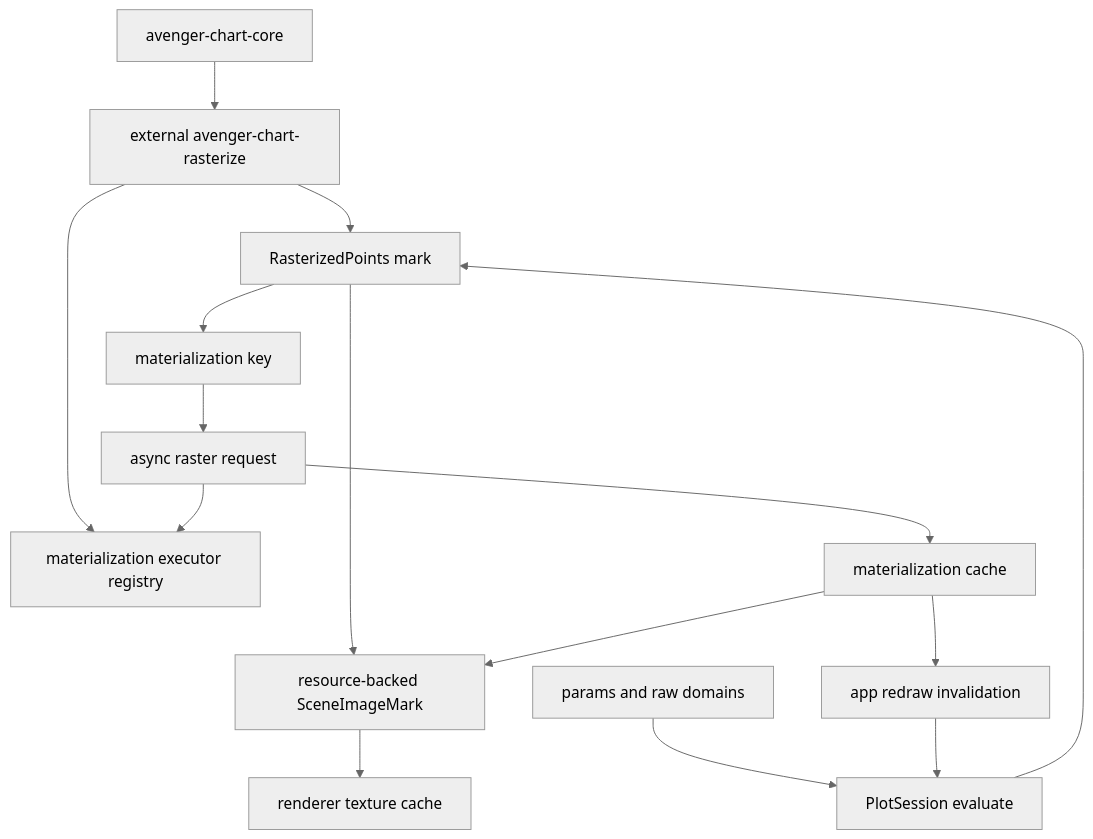
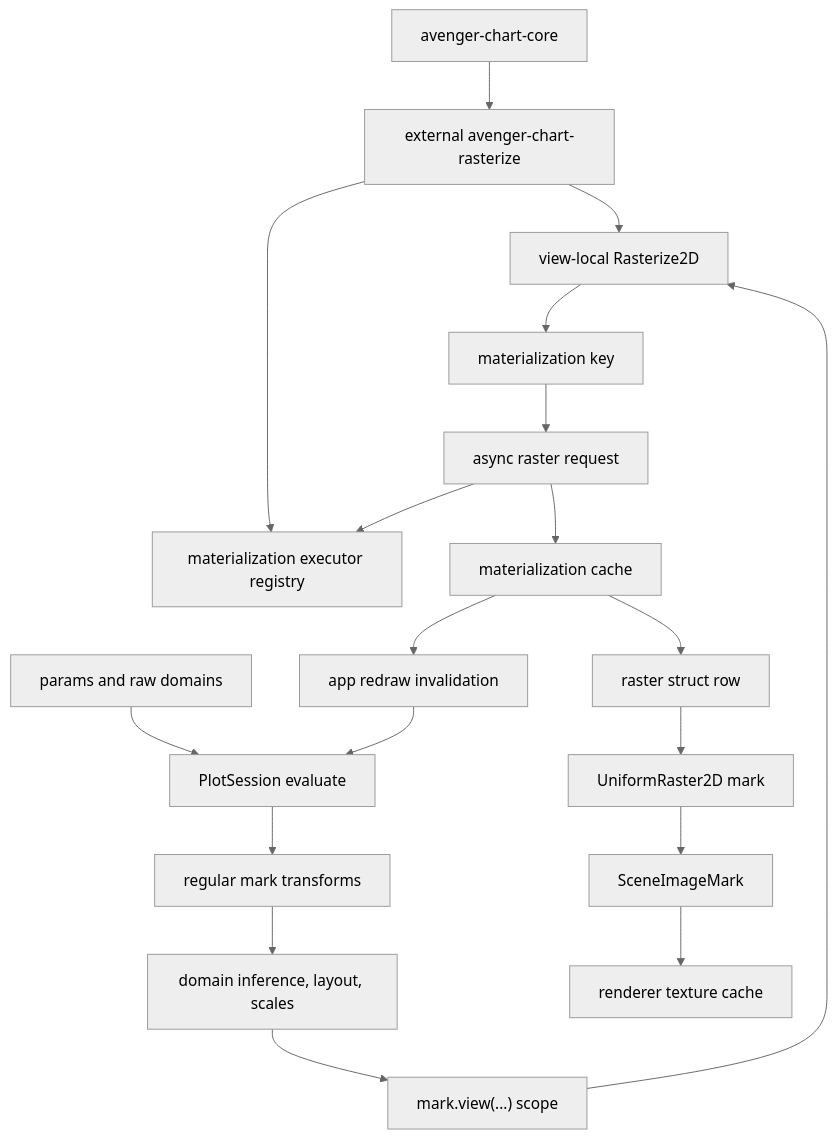
One commit to jonmmease/avenger changed the diagram in avenger-chart/docs/future-work/async-rasterized-marks.md. Above: the diagram before and after it, drawn with Mermaid (neutral theme). The commit also changed other lines of this file and 36 other files, not shown here.

Commit message:
feat(chart): add async rasterized view previews

````diff
--- a/avenger-chart/docs/future-work/async-rasterized-marks.md
+++ b/avenger-chart/docs/future-work/async-rasterized-marks.md
@@ -101,30 +161,39 @@
 ```mermaid
 flowchart TD
     Core["avenger-chart-core"]
     RasterCrate["external avenger-chart-rasterize"]
     Registry["materialization executor registry"]
     Params["params and raw domains"]
     Session["PlotSession evaluate"]
-    Mark["RasterizedPoints mark"]
+    Regular["regular mark transforms"]
+    Layout["domain inference, layout, scales"]
+    View["mark.view(...) scope"]
+    Transform["view-local Rasterize2D"]
+    Mark["UniformRaster2D mark"]
     Key["materialization key"]
     Request["async raster request"]
     Cache["materialization cache"]
-    Scene["resource-backed SceneImageMark"]
+    Raster["raster struct row"]
+    Scene["SceneImageMark"]
     Renderer["renderer texture cache"]
     App["app redraw invalidation"]
 
     Core --> RasterCrate
     RasterCrate --> Registry
     Params --> Session
-    Session --> Mark
-    RasterCrate --> Mark
-    Mark --> Key
+    Session --> Regular
+    Regular --> Layout
+    Layout --> View
+    View --> Transform
+    RasterCrate --> Transform
+    Transform --> Key
     Key --> Request
     Request --> Registry
     Request --> Cache
+    Cache --> Raster
+    Raster --> Mark
     Mark --> Scene
-    Cache --> Scene
     Scene --> Renderer
     Cache --> App
     App --> Session
 ```
````
